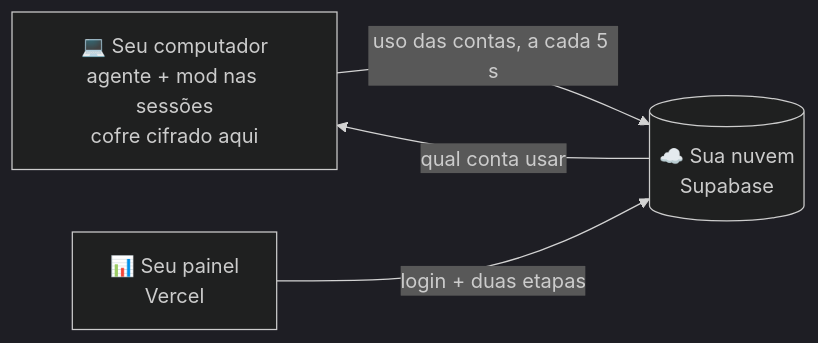
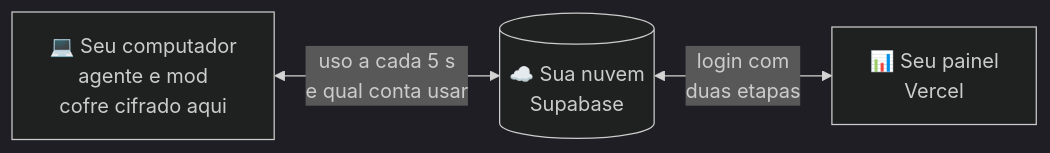
The diagram in README.md (andrefrd/reveza), drawn with Mermaid (dark theme) before and after one commit. The commit also changed 1 other file, not shown here.

Commit message:
docs: diagrama do README na ordem computador, nuvem, painel

````diff
--- a/README.md
+++ b/README.md
@@ -72,6 +72,5 @@
 ```mermaid
 flowchart LR
-  PC["💻 Seu computador<br/>agente + mod nas sessões<br/>cofre cifrado aqui"] -- "uso das contas, a cada 5 s" --> NUVEM[("☁️ Sua nuvem<br/>Supabase")]
-  NUVEM -- "qual conta usar" --> PC
-  PAINEL["📊 Seu painel<br/>Vercel"] -- "login + duas etapas" --> NUVEM
+  PC["💻 Seu computador<br/>agente e mod<br/>cofre cifrado aqui"] <-- "uso a cada 5 s<br/>e qual conta usar" --> NUVEM[("☁️ Sua nuvem<br/>Supabase")]
+  NUVEM <-- "login com<br/>duas etapas" --> PAINEL["📊 Seu painel<br/>Vercel"]
 ```
````
